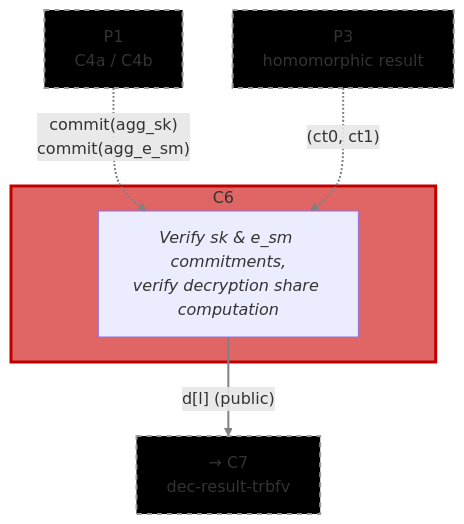
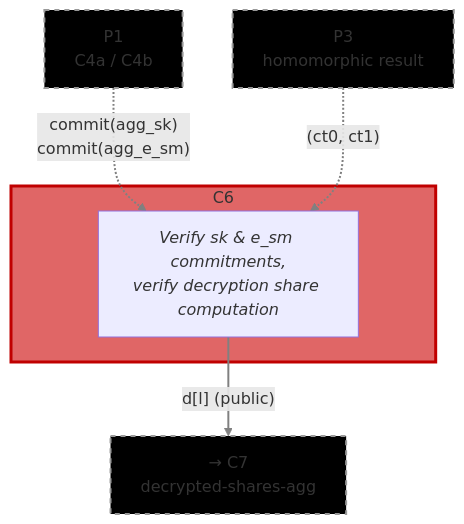
The diagram in circuits/bin/threshold/share_decryption/README.md (gnosisguild/enclave), drawn with Mermaid before and after one commit. The commit also changed other lines of this file and 5 other files, not shown here.

````diff
--- a/circuits/bin/threshold/share_decryption/README.md
+++ b/circuits/bin/threshold/share_decryption/README.md
@@ -8,20 +8,20 @@
 ```mermaid
 flowchart TD
     Input1["P1<br>C4a / C4b"] -.->|"commit(agg_sk)<br/>commit(agg_e_sm)"| C6
     Input2["P3<br>homomorphic result"] -.->|"(ct0, ct1)"| C6
 
     subgraph Focus["C6"]
         C6["<i>Verify sk & e_sm commitments,<br/>verify decryption share computation</i>"]
     end
 
-    C6 -->|"d[l] (public)"| Output1["→ C7<br>dec-result-trbfv"]
+    C6 -->|"d[l] (public)"| Output1["→ C7<br>decrypted-shares-agg"]
 
     style Focus fill:#E06666,stroke:#C00000,stroke-width:3px
     style Input1 fill:#000000,stroke:#999,stroke-width:2px,stroke-dasharray: 5 5
     style Input2 fill:#000000,stroke:#999,stroke-width:2px,stroke-dasharray: 5 5
     style Output1 fill:#000000,stroke:#999,stroke-width:2px,stroke-dasharray: 5 5
 
     linkStyle 0 stroke:#808080,stroke-width:2px
     linkStyle 1 stroke:#808080,stroke-width:2px
     linkStyle 2 stroke:#808080,stroke-width:2px
 ```
````
